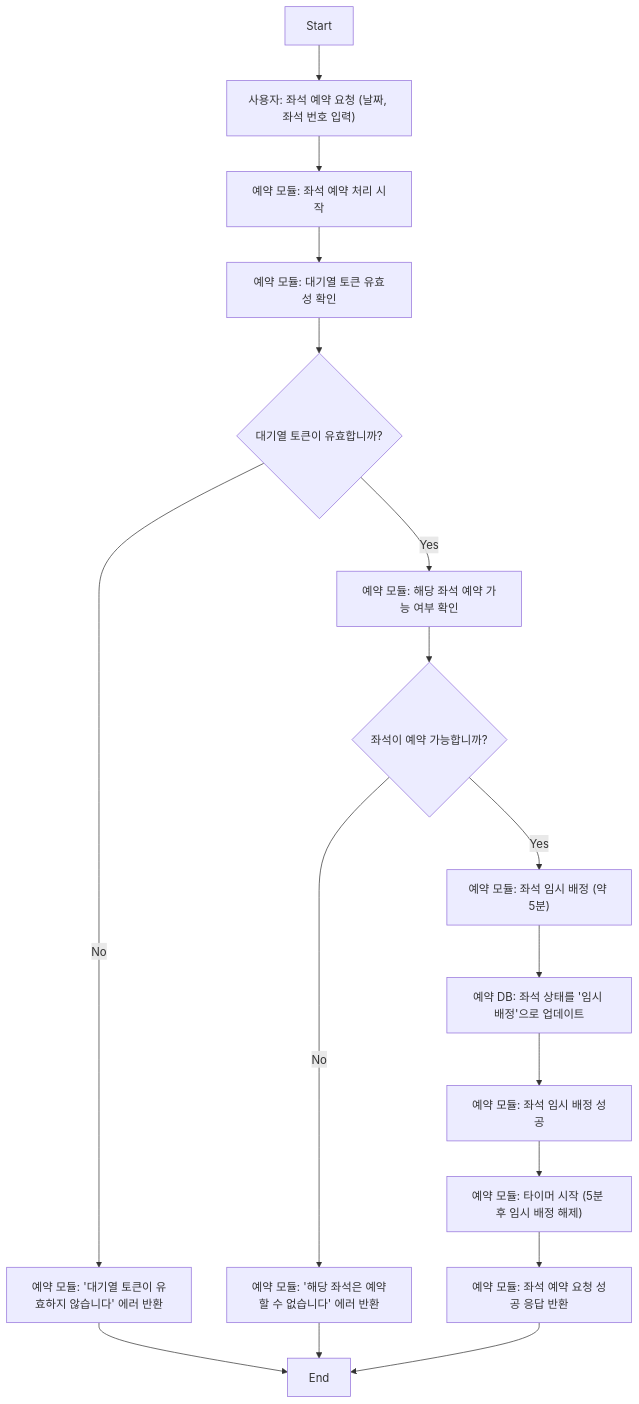
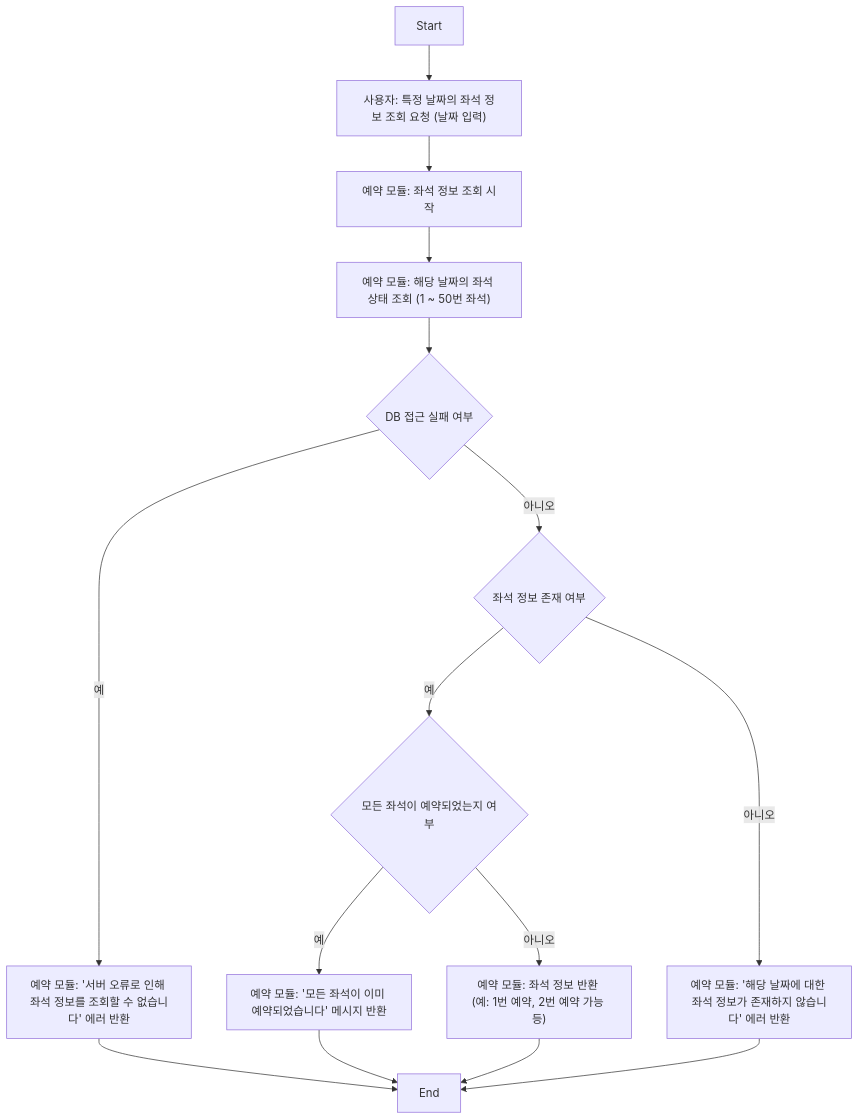
One commit to SooLee99/hhplus-concert-reservation-service changed the tenth of 14 diagrams in README.md. Above: the diagram before and after it, drawn with Mermaid. The commit also changed other lines of this file, not shown here.

First line of the commit message:
fix: #2 #3 - 정보 조회 API 시퀀스 다이어그램 및 플로우 차트 수정

````diff
--- a/README.md
+++ b/README.md
@@ -463,37 +426,31 @@
 ```mermaid
 flowchart TD
     %% 노드 정의
     Start["Start"]
-    A_RequestReservation["사용자: 좌석 예약 요청 (날짜, 좌석 번호 입력)"]
-    B_StartProcess["예약 모듈: 좌석 예약 처리 시작"]
-    C_CheckToken["예약 모듈: 대기열 토큰 유효성 확인"]
-    D_TokenValid{"대기열 토큰이 유효합니까?"}
-    E_InvalidToken["예약 모듈: '대기열 토큰이 유효하지 않습니다' 에러 반환"]
-    F_CheckSeatAvailability["예약 모듈: 해당 좌석 예약 가능 여부 확인"]
-    G_SeatAvailable{"좌석이 예약 가능합니까?"}
-    H_SeatUnavailable["예약 모듈: '해당 좌석은 예약할 수 없습니다' 에러 반환"]
-    I_LockSeat["예약 모듈: 좌석 임시 배정 (약 5분)"]
-    J_UpdateSeatStatus["예약 DB: 좌석 상태를 '임시 배정'으로 업데이트"]
-    K_LockSuccess["예약 모듈: 좌석 임시 배정 성공"]
-    L_StartTimer["예약 모듈: 타이머 시작 (5분 후 임시 배정 해제)"]
-    M_ReturnSuccess["예약 모듈: 좌석 예약 요청 성공 응답 반환"]
+    A_RequestSeats["사용자: 특정 날짜의 좌석 정보 조회 요청 (날짜 입력)"]
+    B_StartLookup["예약 모듈: 좌석 정보 조회 시작"]
+    C_QuerySeats["예약 모듈: 해당 날짜의 좌석 상태 조회 (1 ~ 50번 좌석)"]
+    D_DBAccessFailed{"DB 접근 실패 여부"}
+    E_ServerError["예약 모듈: '서버 오류로 인해 좌석 정보를 조회할 수 없습니다' 에러 반환"]
+    F_SeatsAvailable{"좌석 정보 존재 여부"}
+    G_NoSeats["예약 모듈: '해당 날짜에 대한 좌석 정보가 존재하지 않습니다' 에러 반환"]
+    H_ReturnAllSeatsReserved["예약 모듈: '모든 좌석이 이미 예약되었습니다' 메시지 반환"]
+    I_ReturnAvailableSeats["예약 모듈: 좌석 정보 반환 (예: 1번 예약, 2번 예약 가능 등)"]
     End["End"]
-    
+
     %% 흐름 연결
-    Start --> A_RequestReservation
-    A_RequestReservation --> B_StartProcess
-    B_StartProcess --> C_CheckToken
-    C_CheckToken --> D_TokenValid
+    Start --> A_RequestSeats
+    A_RequestSeats --> B_StartLookup
+    B_StartLookup --> C_QuerySeats
 
-    D_TokenValid -- "No" --> E_InvalidToken --> End
-    D_TokenValid -- "Yes" --> F_CheckSeatAvailability
+    C_QuerySeats --> D_DBAccessFailed
+    D_DBAccessFailed -- "예" --> E_ServerError --> End
+    D_DBAccessFailed -- "아니오" --> F_SeatsAvailable
 
-    F_CheckSeatAvailability --> G_SeatAvailable
-    G_SeatAvailable -- "No" --> H_SeatUnavailable --> End
-    G_SeatAvailable -- "Yes" --> I_LockSeat
+    F_SeatsAvailable -- "예" --> H_AllSeatsReserved{"모든 좌석이 예약되었는지 여부"}
+    H_AllSeatsReserved -- "예" --> H_ReturnAllSeatsReserved --> End
+    H_AllSeatsReserved -- "아니오" --> I_ReturnAvailableSeats --> End
 
-    I_LockSeat --> J_UpdateSeatStatus
-    J_UpdateSeatStatus --> K_LockSuccess
-    K_LockSuccess --> L_StartTimer
-    L_StartTimer --> M_ReturnSuccess --> End
+    F_SeatsAvailable -- "아니오" --> G_NoSeats --> End
+
 ```
````
